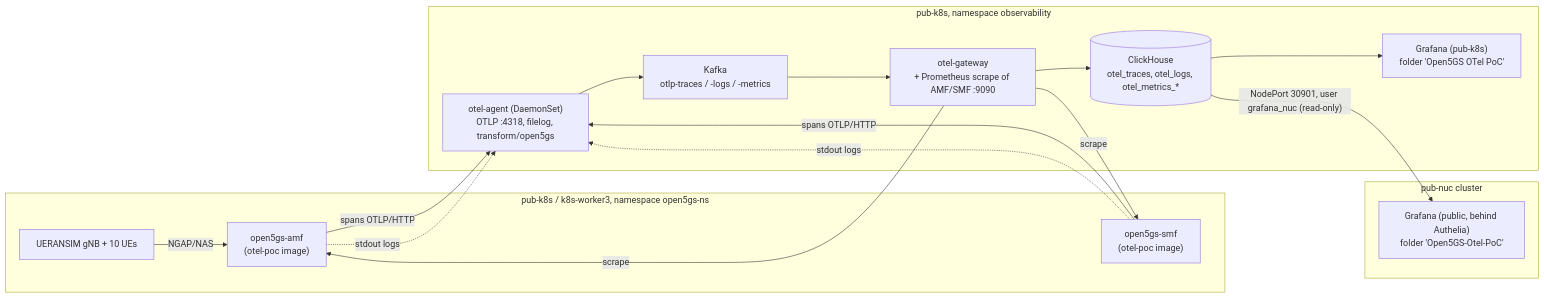
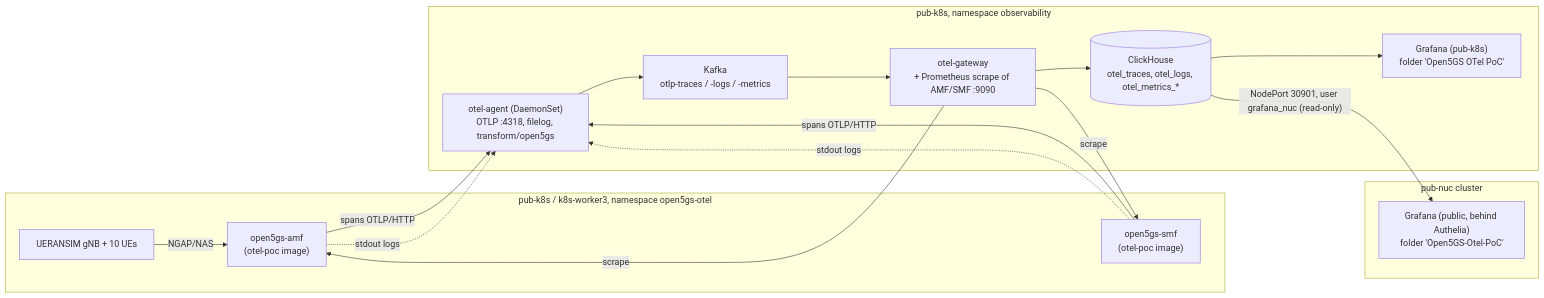
One commit to TobiPletsch/open5gs-otel changed the diagram in doc/README.md. Above: the diagram before and after it, drawn with Mermaid. The commit also changed other lines of this file and 8 other files, not shown here.

First line of the commit message:
otel-poc: core moves to namespace open5gs-otel

````diff
--- a/doc/README.md
+++ b/doc/README.md
@@ -34,28 +34,28 @@
 ```mermaid
 flowchart LR
-  subgraph w3["pub-k8s / k8s-worker3, namespace open5gs-ns"]
+  subgraph w3["pub-k8s / k8s-worker3, namespace open5gs-otel"]
     AMF["open5gs-amf<br/>(otel-poc image)"]
     SMF["open5gs-smf<br/>(otel-poc image)"]
     UE["UERANSIM gNB + 10 UEs"]
   end
   subgraph obs["pub-k8s, namespace observability"]
     AG["otel-agent (DaemonSet)<br/>OTLP :4318, filelog, transform/open5gs"]
     K["Kafka<br/>otlp-traces / -logs / -metrics"]
     GW["otel-gateway<br/>+ Prometheus scrape of AMF/SMF :9090"]
     CH[("ClickHouse<br/>otel_traces, otel_logs, otel_metrics_*")]
     G1["Grafana (pub-k8s)<br/>folder 'Open5GS OTel PoC'"]
   end
   subgraph nuc["pub-nuc cluster"]
     G2["Grafana (public, behind Authelia)<br/>folder 'Open5GS-Otel-PoC'"]
   end
   UE -- NGAP/NAS --> AMF
   AMF -- spans OTLP/HTTP --> AG
   SMF -- spans OTLP/HTTP --> AG
   AMF -. stdout logs .-> AG
   SMF -. stdout logs .-> AG
   AG --> K --> GW --> CH
   GW -- scrape --> AMF
   GW -- scrape --> SMF
   CH --> G1
   CH -- "NodePort 30901, user grafana_nuc (read-only)" --> G2
 ```
````
